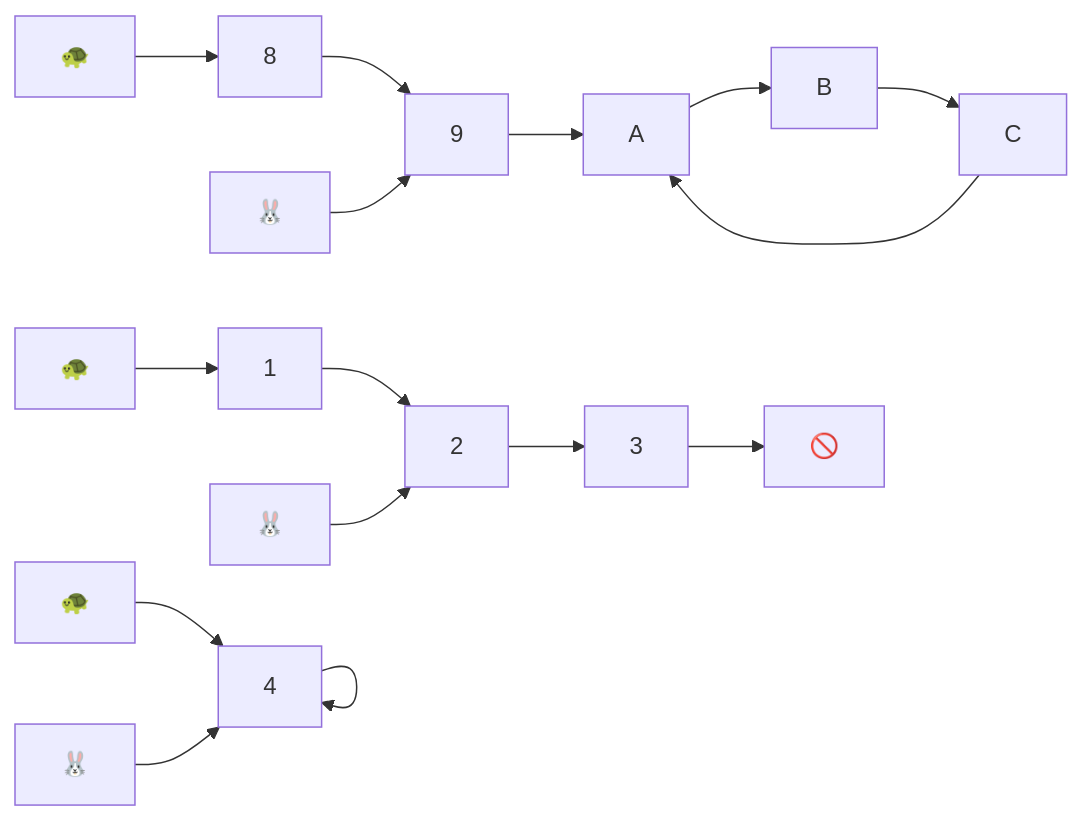
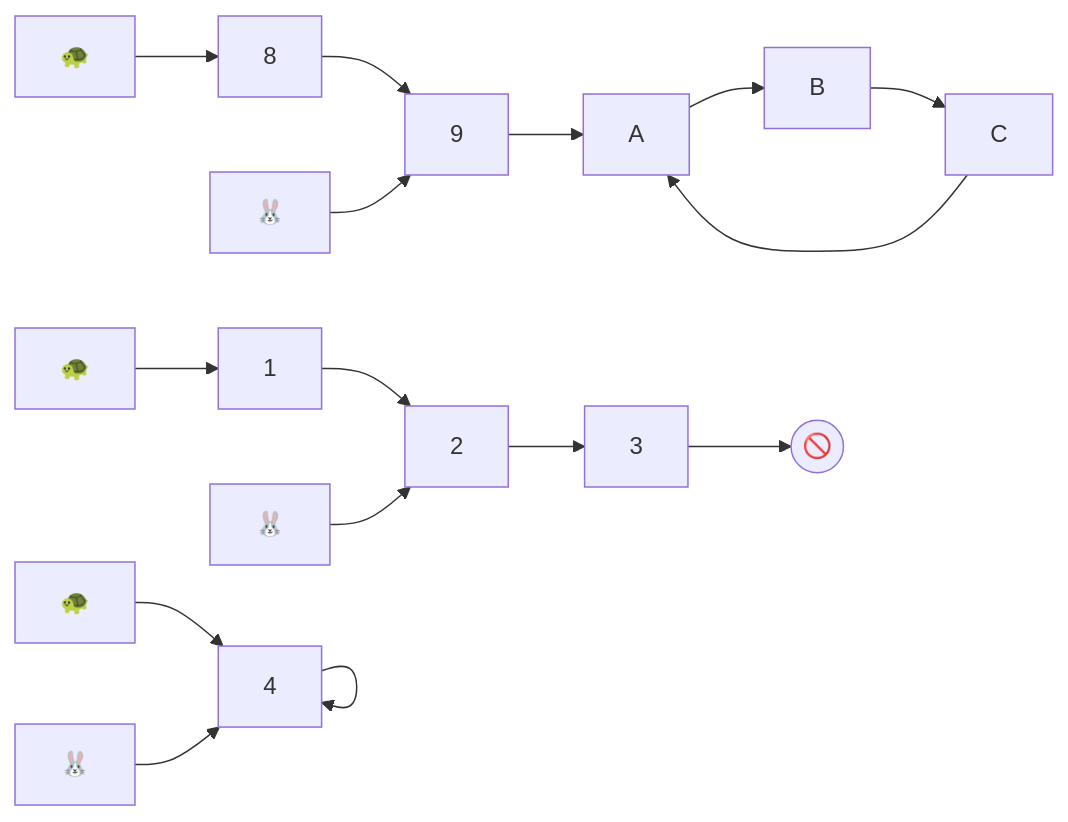
The sixth of 9 diagrams in _posts/2026-02-15-nuralagus-rex.md (raganwald/raganwald.github.com), drawn with Mermaid before and after one commit. The commit also changed other lines of this file, not shown here.

```diff
--- a/_posts/2026-02-15-nuralagus-rex.md
+++ b/_posts/2026-02-15-nuralagus-rex.md
@@ -121,34 +121,34 @@
 <div class="mermaid">
   graph LR
 
     tortoise2["🐢"]
     hare2["🐰"]
     a["4"]
 
     a-->a
     tortoise2-->a
     hare2-->a
     
     tortoise["🐢"]
     hare["🐰"]
     e["8"]
     f["9"]
     g["A"]
     h["B"]
     i["C"]
 
     e-->f-->g-->h-->i-->g
     tortoise-->e
     hare-->f
 
     tortoise3["🐢"]
     hare3["🐰"]
     b["1"]
     c["2"]
     d["3"]
-    Empty["🚫"]
+    Empty(("🚫"))
 
     b-->c-->d-->Empty
     tortoise3-->b
     hare3-->c
 </div>
```
